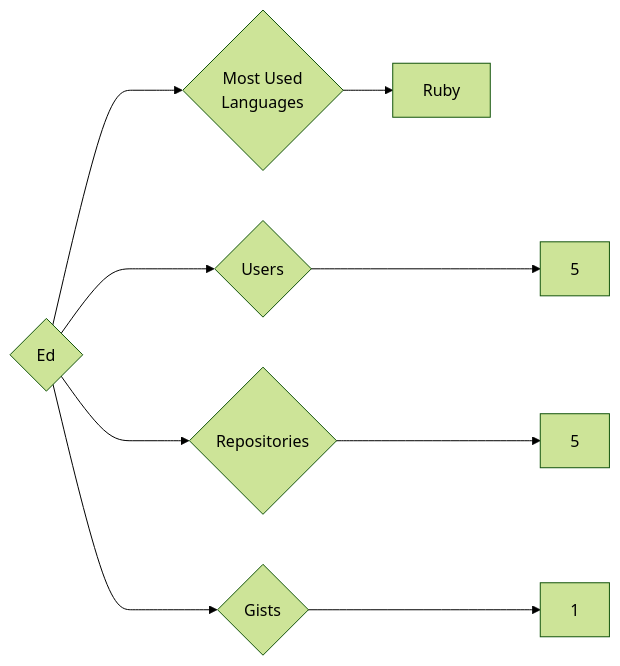
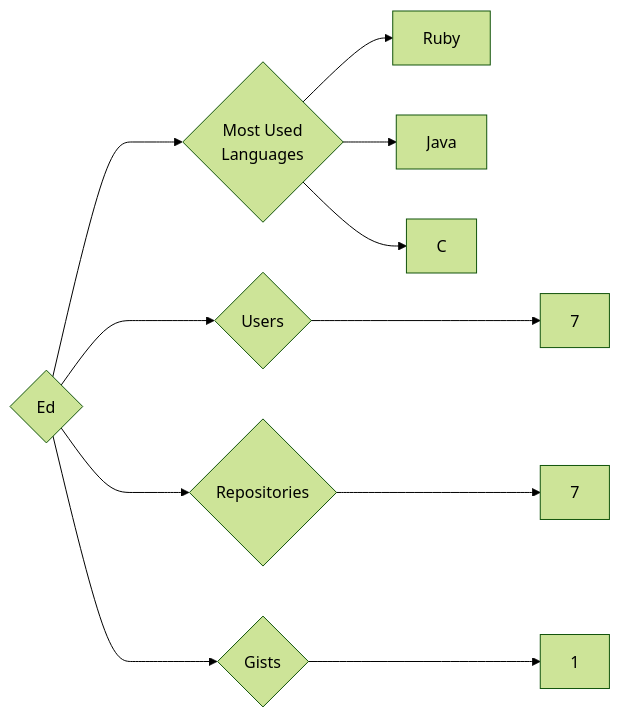
Before and after one commit to trickest/insiders: the diagram in targets/Ed/README.md, drawn with Mermaid (forest theme). The commit also changed 997 other files, not shown here.

````diff
--- a/targets/Ed/README.md
+++ b/targets/Ed/README.md
@@ -3,9 +3,11 @@
 ```mermaid
 graph LR
 COMPANY_NAME{Ed}
-COMPANY_NAME ---> U{Users} ---> UN[5]
-COMPANY_NAME ---> R{Repositories} ---> RN[5]
+COMPANY_NAME ---> U{Users} ---> UN[7]
+COMPANY_NAME ---> R{Repositories} ---> RN[7]
 COMPANY_NAME ---> G{Gists} ---> GN[1]
 COMPANY_NAME ---> ML{Most Used<br>Languages}
 ML --> Ruby[Ruby]
+ML --> Java[Java]
+ML --> C[C]
 ```
````
